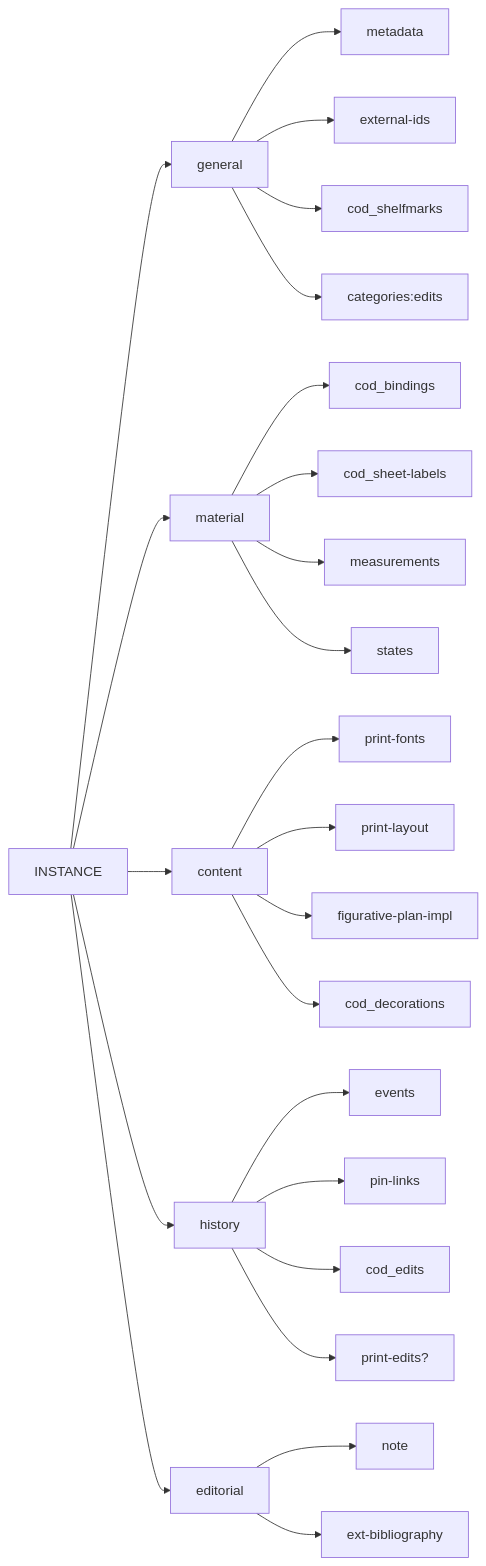
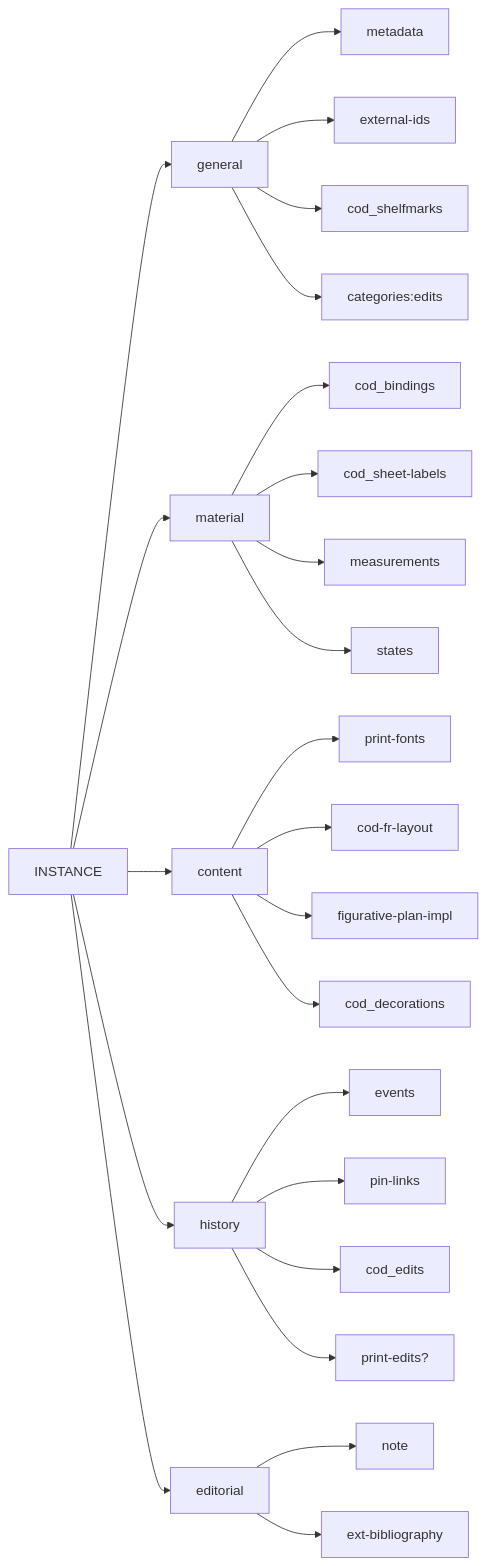
Before and after one commit to vedph/cadmus-ndp-books: the second of 2 diagrams in README.md, drawn with Mermaid. The commit also changed other lines of this file and 9 other files, not shown here.

Commit message:
Remove print layout

````diff
--- a/README.md
+++ b/README.md
@@ -39,27 +39,27 @@
 ```mermaid
 graph LR;
 
 INSTANCE --> general
 general --> metadata
 general --> external-ids
 general --> cod_shelfmarks
 INSTANCE --> material
 material --> cod_bindings
 material --> cod_sheet-labels
 material --> measurements
 material --> states
 general --> categories:edits
 INSTANCE --> content
 content --> print-fonts
-content --> print-layout
+content --> cod-fr-layout
 content --> figurative-plan-impl
 content --> cod_decorations
 INSTANCE --> history
 history --> events
 history --> pin-links
 history --> cod_edits
 history --> print-edits?
 INSTANCE --> editorial
 editorial --> note
 editorial --> ext-bibliography
 ```
````
